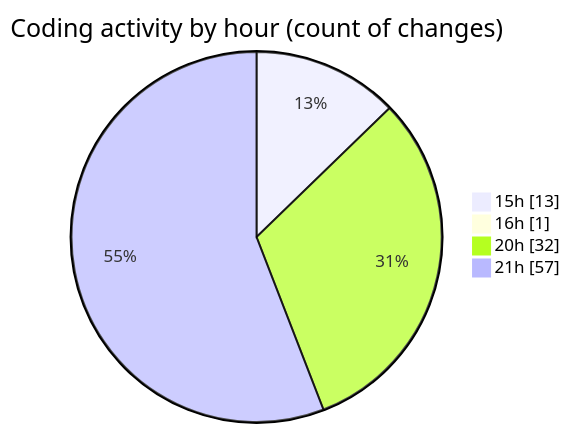
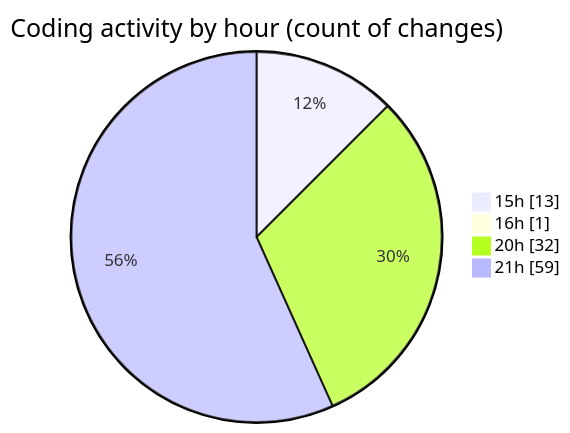
One commit to EIIisD/code-tracking changed the second of 2 diagrams in 2025-07-17/ribbon/README.md. Above: the diagram before and after it, drawn with Mermaid. The commit also changed other lines of this file and 1 other file, not shown here.

````diff
--- a/2025-07-17/ribbon/README.md
+++ b/2025-07-17/ribbon/README.md
@@ -68,8 +68,8 @@
 ```mermaid
 pie showData
 title Coding activity by hour (count of changes)
 "15h" : 13
 "16h" : 1
 "20h" : 32
-"21h" : 57
+"21h" : 59
 ```
````
